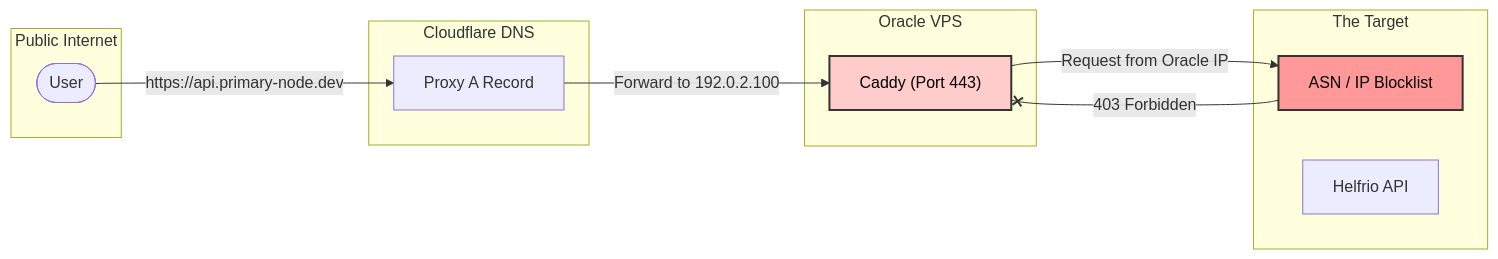
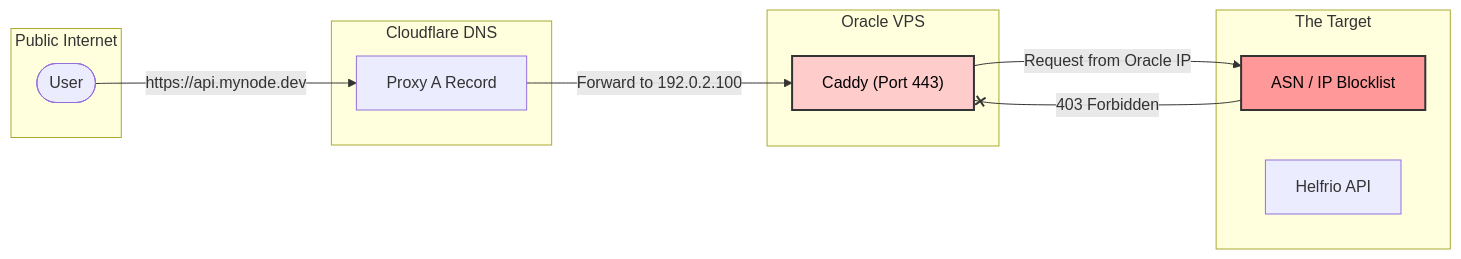
One commit to Microck/ja3-bypass-gateway changed the second of 6 diagrams in README.md. Above: the diagram before and after it, drawn with Mermaid. The commit also changed other lines of this file, not shown here.

````diff
--- a/README.md
+++ b/README.md
@@ -59,30 +59,30 @@
 ```mermaid
 graph LR
     subgraph "Public Internet"
         Client([User])
     end
 
     subgraph "Cloudflare DNS"
         CF["Proxy A Record"]
     end
 
     subgraph "Oracle VPS"
         Caddy["Caddy (Port 443)"]
     end
 
     subgraph "The Target"
         Firewall["ASN / IP Blocklist"]
         Upstream["Helfrio API"]
     end
 
-    Client -- "https://api.primary-node.dev" --> CF
+    Client -- "https://api.mynode.dev" --> CF
     CF -- "Forward to 192.0.2.100" --> Caddy
     
     %% The Failure Flow
     Caddy -- "Request from Oracle IP" --> Firewall
     Firewall -- "403 Forbidden" --x Caddy
     
     %% High Contrast Styling
     style Firewall fill:#ff9999,stroke:#333,stroke-width:2px,color:black
     style Caddy fill:#ffcccc,stroke:#333,stroke-width:2px,color:black
 ```
````
